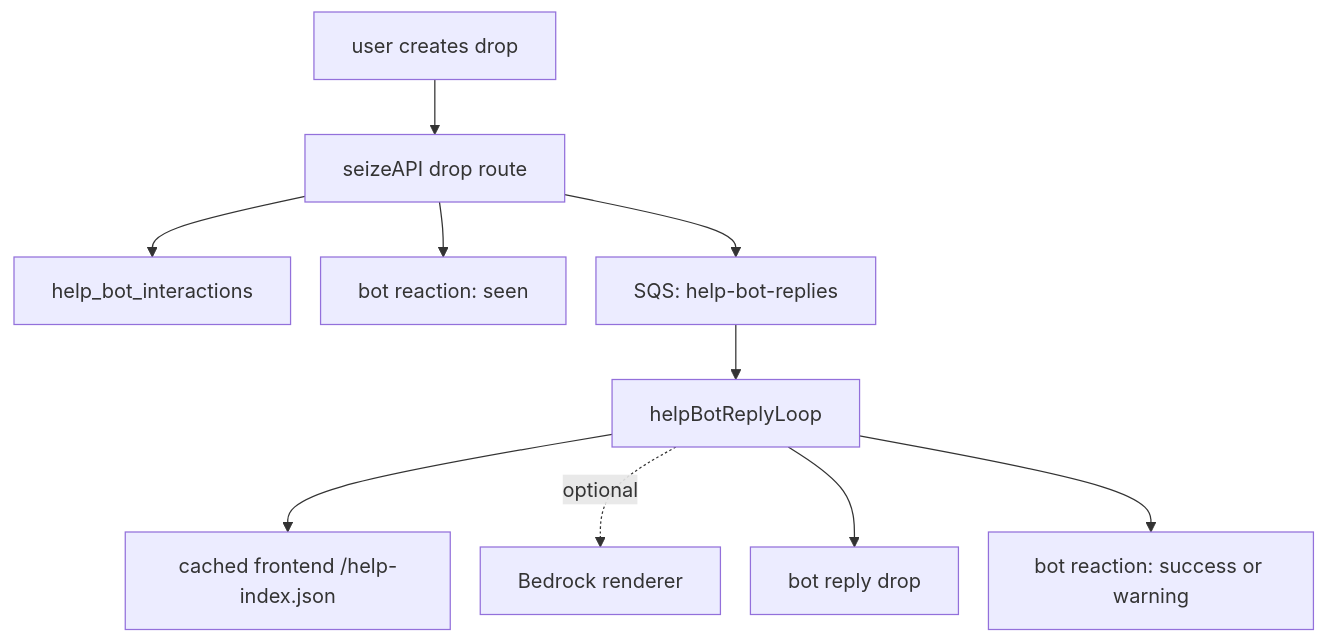
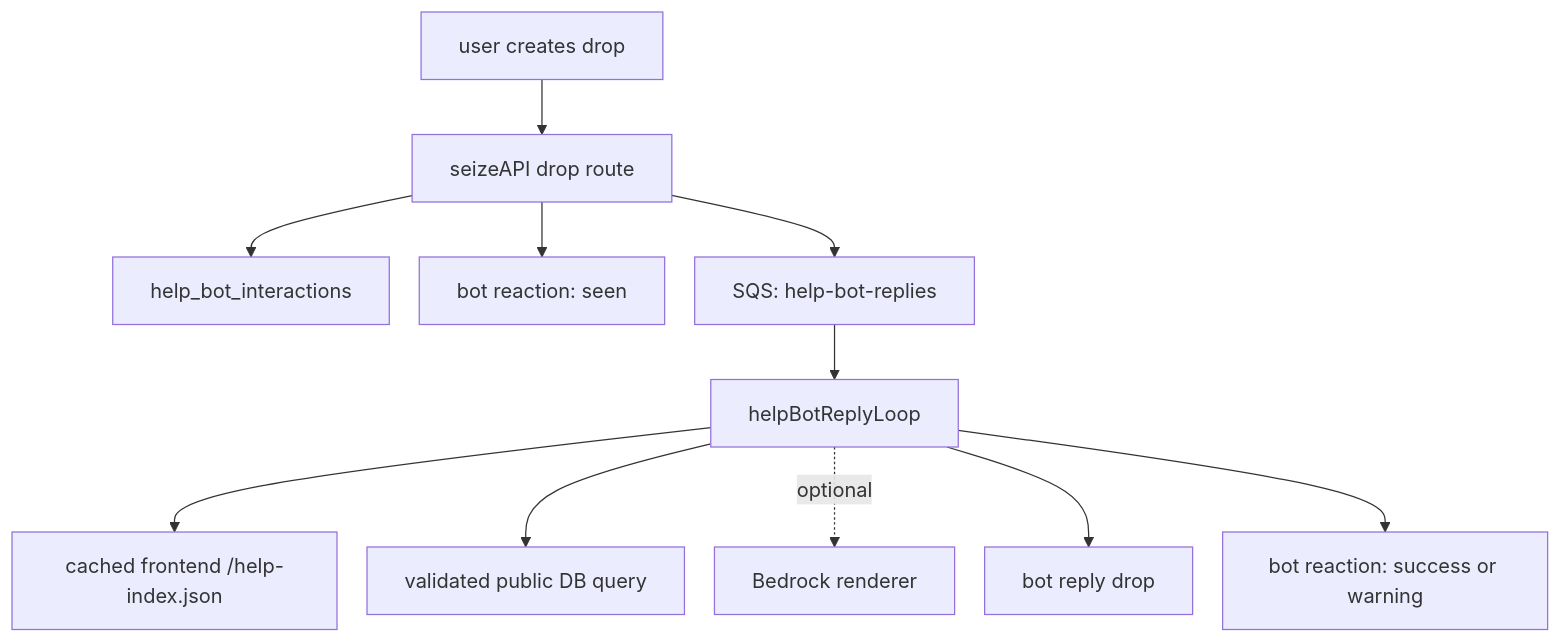
One commit to 6529-Collections/6529seize-backend changed the second of 3 diagrams in docs/architecture.md. Above: the diagram before and after it, drawn with Mermaid. The commit also changed other lines of this file and 10 other files, not shown here.

Commit message:
Add help bot public data queries

````diff
--- a/docs/architecture.md
+++ b/docs/architecture.md
@@ -301,13 +301,14 @@
 ```mermaid
 %%{init: {"flowchart": {"nodeSpacing": 24, "rankSpacing": 44, "curve": "basis"}} }%%
 flowchart TD
   UserDrop["user creates drop"] --> DropRoute["seizeAPI drop route"]
   DropRoute --> InteractionRow["help_bot_interactions"]
   DropRoute --> SeenReaction["bot reaction: seen"]
   DropRoute --> HelpBotSqs["SQS: help-bot-replies"]
   HelpBotSqs --> HelpBotWorker["helpBotReplyLoop"]
   HelpBotWorker --> FrontendIndex["cached frontend /help-index.json"]
+  HelpBotWorker --> PublicData["validated public DB query"]
   HelpBotWorker -. optional .-> Bedrock["Bedrock renderer"]
   HelpBotWorker --> BotReply["bot reply drop"]
   HelpBotWorker --> FinalReaction["bot reaction: success or warning"]
 ```
````
